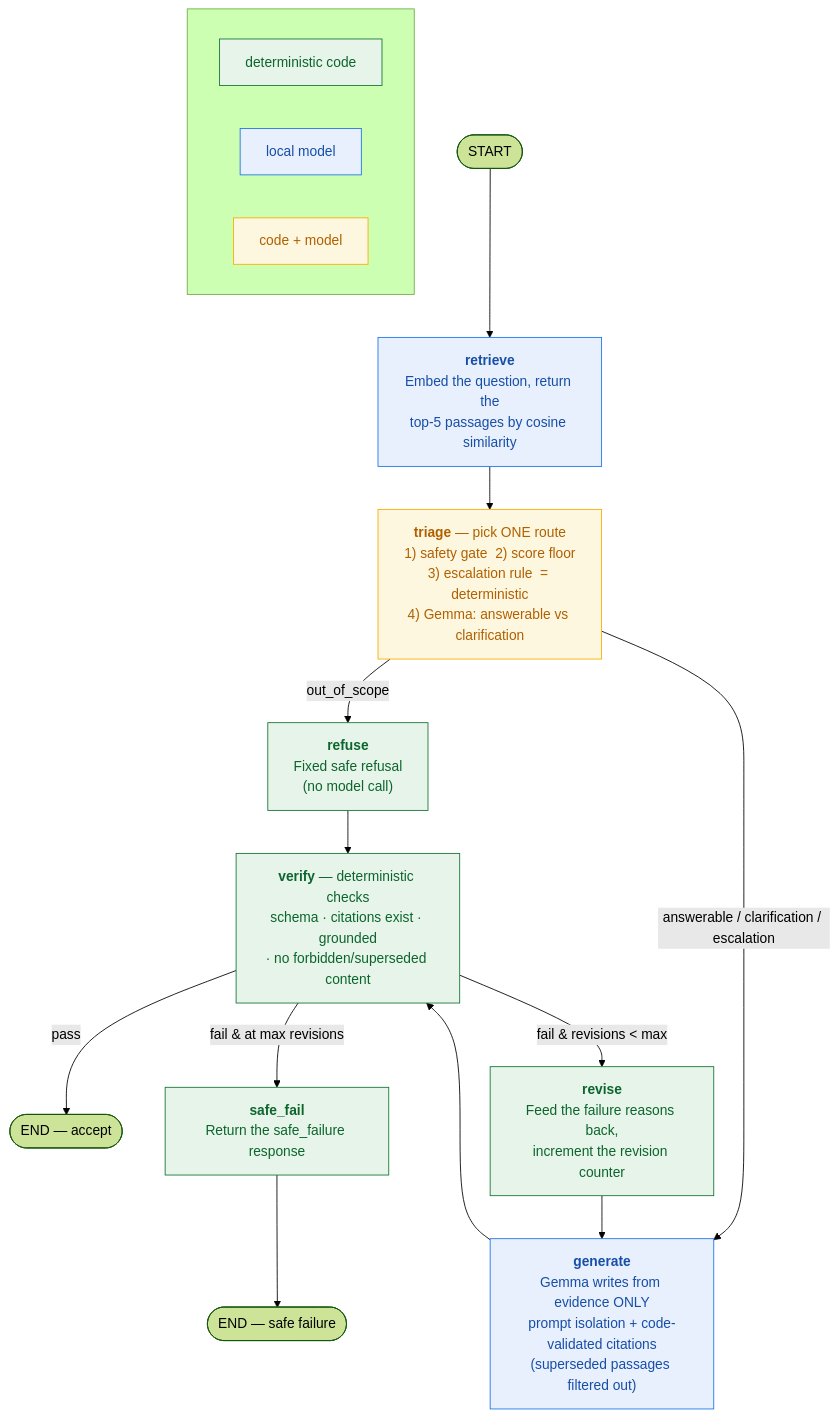
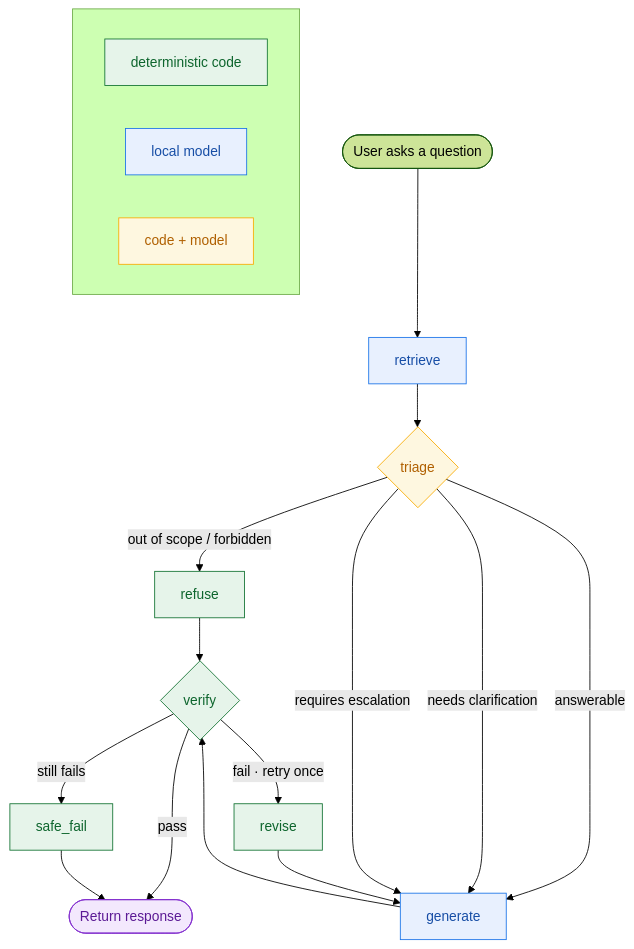
One commit to Rahul-Malasani/orbitdesk-support-agent changed the diagram in docs/graph_annotated.mmd. Above: the diagram before and after it, drawn with Mermaid (forest theme). The commit also changed 4 other files, not shown here.

First line of the commit message:
Simplify graph diagram to distinct per-case paths; add graph_explained.md

```diff
--- a/docs/graph_annotated.mmd
+++ b/docs/graph_annotated.mmd
@@ -1,33 +1,29 @@
 flowchart TD
-    START([START]) --> R
+    Q([User asks a question]) --> R[retrieve]:::model
+    R --> T{triage}:::mixed
 
-    R["<b>retrieve</b><br/>Embed the question, return the<br/>top-5 passages by cosine similarity"]:::model
-    R --> T
+    T -->|out of scope / forbidden| RF[refuse]:::code
+    T -->|answerable| G[generate]:::model
+    T -->|needs clarification| G
+    T -->|requires escalation| G
 
-    T["<b>triage</b> — pick ONE route<br/>1) safety gate  2) score floor<br/>3) escalation rule  = deterministic<br/>4) Gemma: answerable vs clarification"]:::mixed
-
-    T -->|out_of_scope| RF["<b>refuse</b><br/>Fixed safe refusal<br/>(no model call)"]:::code
-    T -->|"answerable / clarification / escalation"| G["<b>generate</b><br/>Gemma writes from evidence ONLY<br/>prompt isolation + code-validated citations<br/>(superseded passages filtered out)"]:::model
-
-    RF --> V
+    RF --> V{verify}:::code
     G --> V
 
-    V["<b>verify</b> — deterministic checks<br/>schema · citations exist · grounded<br/>· no forbidden/superseded content"]:::code
-
-    V -->|pass| ACC([END — accept])
-    V -->|"fail &amp; revisions &lt; max"| RV["<b>revise</b><br/>Feed the failure reasons back,<br/>increment the revision counter"]:::code
-    V -->|"fail &amp; at max revisions"| SF["<b>safe_fail</b><br/>Return the safe_failure response"]:::code
-
+    V -->|pass| DONE([Return response]):::done
+    V -->|fail · retry once| RV[revise]:::code
+    V -->|still fails| SF[safe_fail]:::code
     RV --> G
-    SF --> SFE([END — safe failure])
+    SF --> DONE
 
     subgraph Legend [ ]
       direction LR
-      L1["deterministic code"]:::code
-      L2["local model"]:::model
-      L3["code + model"]:::mixed
+      L1[deterministic code]:::code
+      L2[local model]:::model
+      L3[code + model]:::mixed
     end
 
     classDef code fill:#e6f4ea,stroke:#137333,color:#0d652d
     classDef model fill:#e8f0fe,stroke:#1a73e8,color:#174ea6
     classDef mixed fill:#fef7e0,stroke:#f9ab00,color:#b06000
+    classDef done fill:#f3e8fd,stroke:#8430ce,color:#5b1a95
```
